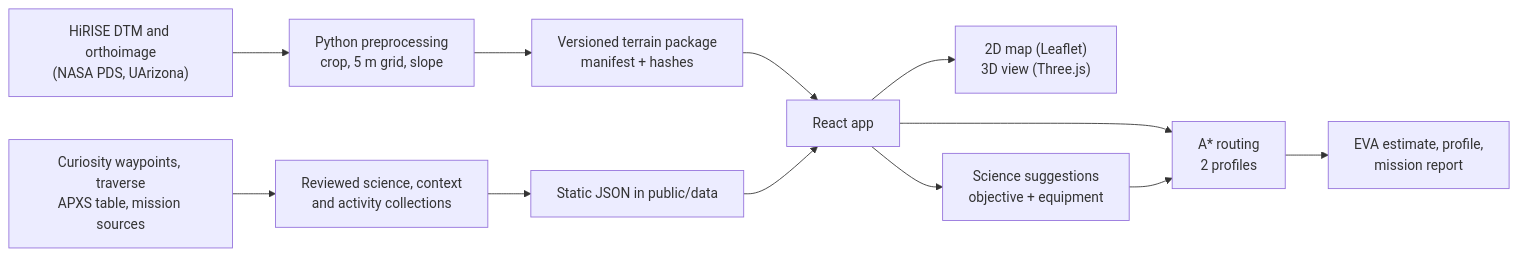
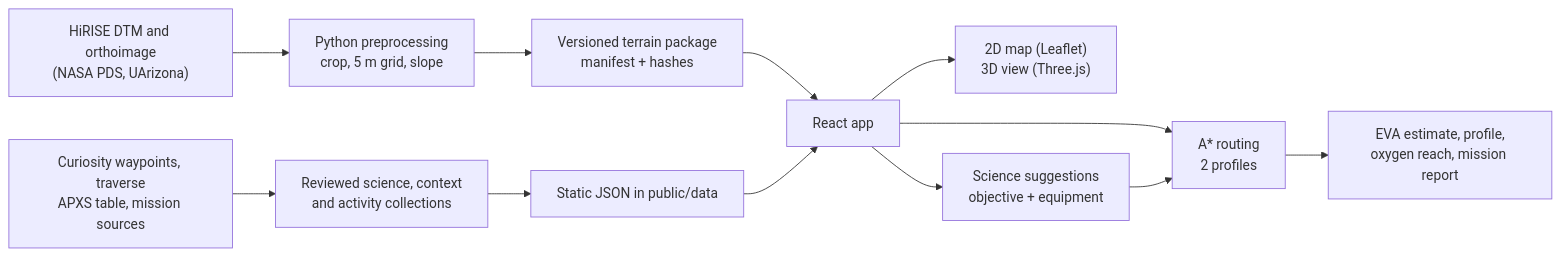
Before and after one commit to hanaznable/marswalk-planner: the diagram in README.md, drawn with Mermaid. The commit also changed other lines of this file and 4 other files, not shown here.

First line of the commit message:
docs: describe oxygen reach and the Mars locator in the README

````diff
--- a/README.md
+++ b/README.md
@@ -94,14 +103,14 @@
 ```mermaid
 flowchart LR
   A["HiRISE DTM and orthoimage<br/>(NASA PDS, UArizona)"] --> B["Python preprocessing<br/>crop, 5 m grid, slope"]
   C["Curiosity waypoints, traverse<br/>APXS table, mission sources"] --> D["Reviewed science, context<br/>and activity collections"]
   B --> E["Versioned terrain package<br/>manifest + hashes"]
   D --> F["Static JSON in public/data"]
   E --> G["React app"]
   F --> G
   G --> H["A* routing<br/>2 profiles"]
   G --> I["2D map (Leaflet)<br/>3D view (Three.js)"]
   G --> K["Science suggestions<br/>objective + equipment"]
   K --> H
-  H --> J["EVA estimate, profile,<br/>mission report"]
+  H --> J["EVA estimate, profile,<br/>oxygen reach, mission report"]
 ```
````
